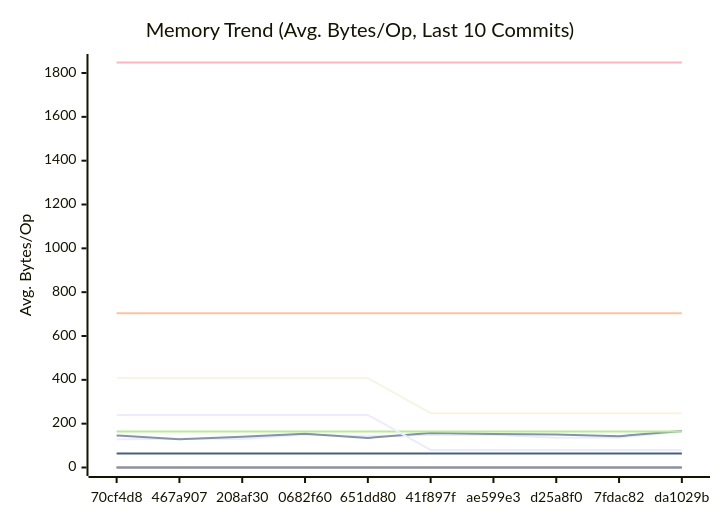
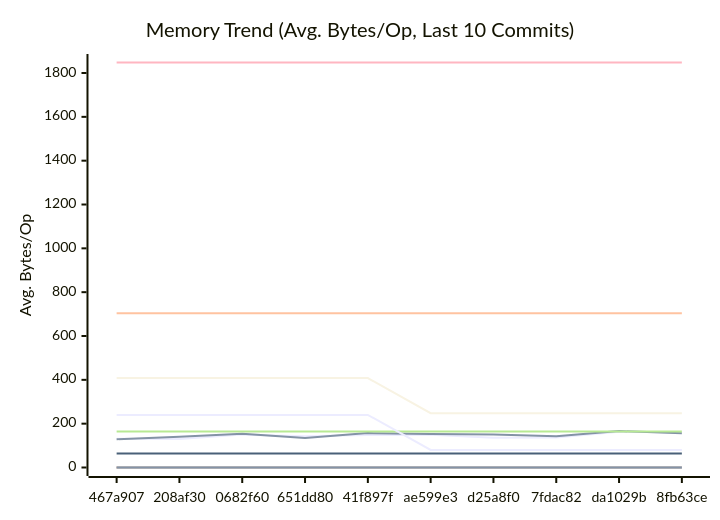
Before and after one commit to alsotoes/momo: the second of 3 diagrams in docs/PERFORMANCE.md, drawn with Mermaid. The commit also changed other lines of this file and 3 other files, not shown here.

````diff
--- a/docs/PERFORMANCE.md
+++ b/docs/PERFORMANCE.md
@@ -170,20 +171,20 @@
 ```mermaid
 xychart-beta
     title "Memory Trend (Avg. Bytes/Op, Last 10 Commits)"
     x-axis "Commit"
     y-axis "Avg. Bytes/Op"
-    x-axis [70cf4d8,467a907,208af30,0682f60,651dd80,41f897f,ae599e3,d25a8f0,7fdac82,da1029b]
-    line "AWSChunkedReaderSigned" [129,131,130,150,143,148,149,136,137,163]
-    line "AWSChunkedReaderUnsigned" [146,129,140,154,135,157,153,151,143,166]
+    x-axis [467a907,208af30,0682f60,651dd80,41f897f,ae599e3,d25a8f0,7fdac82,da1029b,8fb63ce]
+    line "AWSChunkedReaderSigned" [131,130,150,143,148,149,136,137,163,160]
+    line "AWSChunkedReaderUnsigned" [129,140,154,135,157,153,151,143,166,156]
     line "CheckMetricsAndSwap" [0,0,0,0,0,0,0,0,0,0]
     line "CrushOptimized" [0,0,0,0,0,0,0,0,0,0]
     line "CrushOriginal" [164,164,164,164,164,164,164,164,164,164]
     line "IndexDirectTracking" [0,0,0,0,0,0,0,0,0,0]
     line "IndexSearch" [0,0,0,0,0,0,0,0,0,0]
     line "LoadGlobalConfig" [1848,1848,1848,1848,1848,1848,1848,1848,1848,1848]
     line "PadString" [64,64,64,64,64,64,64,64,64,64]
     line "ParseReplicationOrder_NoPrealloc" [408,408,408,408,408,248,248,248,248,248]
     line "ParseReplicationOrder_Prealloc" [240,240,240,240,240,80,80,80,80,80]
     line "SanitizeLog/Safe" [0,0,0,0,0,0,0,0,0,0]
     line "SanitizeLog/Unsafe" [704,704,704,704,704,704,704,704,704,704]
 ```
````
